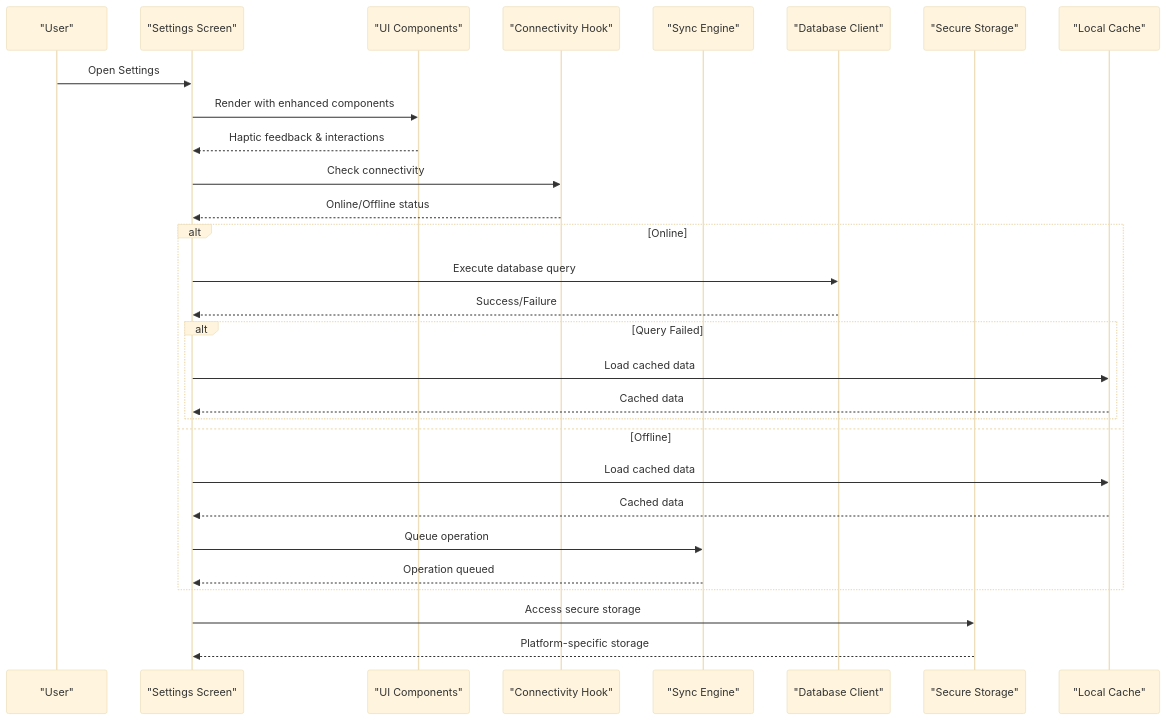
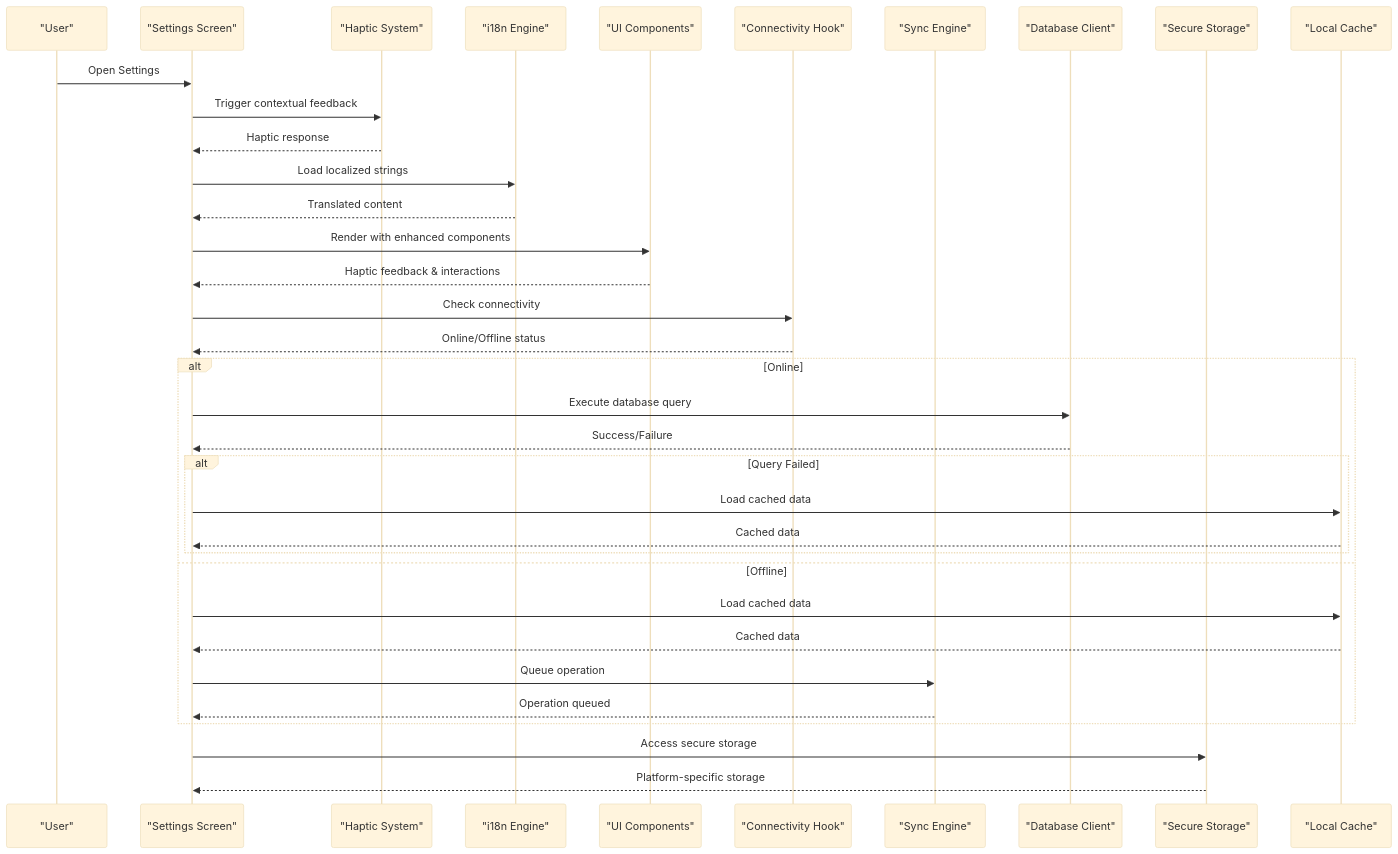
The second of 11 diagrams in .qoder/repowiki/en/content/Settings and Configuration.md (AdeelTahir-SE/DermSight), drawn with Mermaid (base theme) before and after one commit. The commit also changed other lines of this file and 37 other files, not shown here.

````diff
--- a/.qoder/repowiki/en/content/Settings and Configuration.md
+++ b/.qoder/repowiki/en/content/Settings and Configuration.md
@@ -159,31 +157,37 @@
 ```mermaid
 sequenceDiagram
 participant User as "User"
 participant Settings as "Settings Screen"
+participant Haptics as "Haptic System"
+participant I18n as "i18n Engine"
 participant UI as "UI Components"
 participant Conn as "Connectivity Hook"
 participant Sync as "Sync Engine"
 participant DB as "Database Client"
 participant Sec as "Secure Storage"
 participant Cache as "Local Cache"
 User->>Settings : Open Settings
+Settings->>Haptics : Trigger contextual feedback
+Haptics-->>Settings : Haptic response
+Settings->>I18n : Load localized strings
+I18n-->>Settings : Translated content
 Settings->>UI : Render with enhanced components
 UI-->>Settings : Haptic feedback & interactions
 Settings->>Conn : Check connectivity
 Conn-->>Settings : Online/Offline status
 alt Online
 Settings->>DB : Execute database query
 DB-->>Settings : Success/Failure
 alt Query Failed
 Settings->>Cache : Load cached data
 Cache-->>Settings : Cached data
 end
 else Offline
 Settings->>Cache : Load cached data
 Cache-->>Settings : Cached data
 Settings->>Sync : Queue operation
 Sync-->>Settings : Operation queued
 end
 Settings->>Sec : Access secure storage
 Sec-->>Settings : Platform-specific storage
 ```
````
